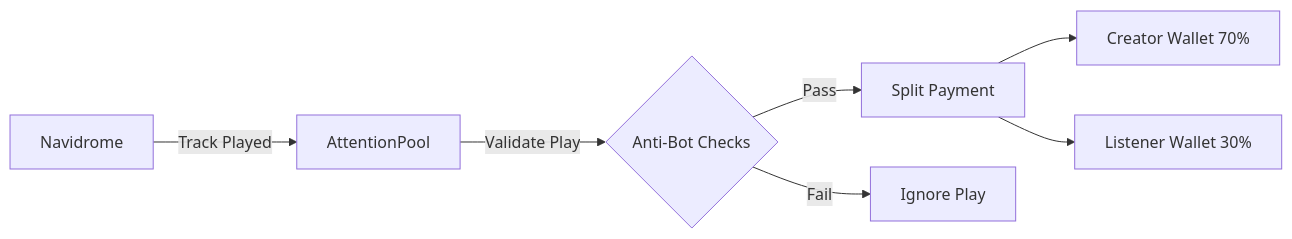
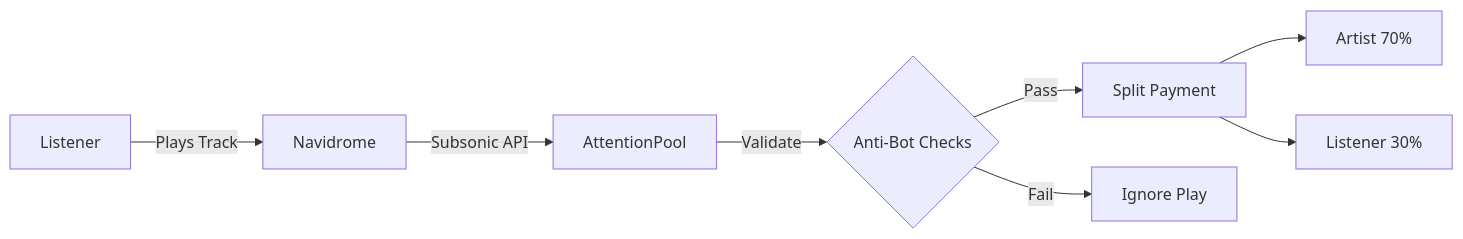
The first of 2 diagrams in README.md (jaguard2021/attentionpool), drawn with Mermaid before and after one commit. The commit also changed other lines of this file, not shown here.

````diff
--- a/README.md
+++ b/README.md
@@ -53,9 +83,10 @@
 ```mermaid
 flowchart LR
-    A[Navidrome] -->|Track Played| B[AttentionPool]
-    B -->|Validate Play| C{Anti-Bot Checks}
-    C -->|Pass| D[Split Payment]
-    D --> E[Creator Wallet 70%]
-    D --> F[Listener Wallet 30%]
-    C -->|Fail| G[Ignore Play]
+    A[Listener] -->|Plays Track| B[Navidrome]
+    B -->|Subsonic API| C[AttentionPool]
+    C -->|Validate| D{Anti-Bot Checks}
+    D -->|Pass| E[Split Payment]
+    E --> F[Artist 70%]
+    E --> G[Listener 30%]
+    D -->|Fail| H[Ignore Play]
 ```
````
